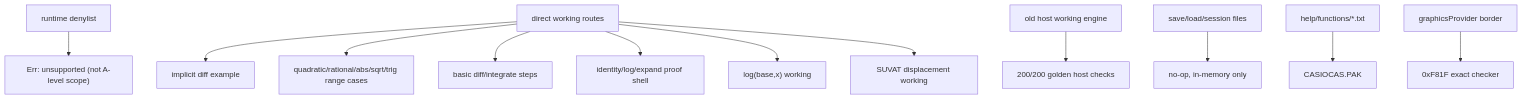
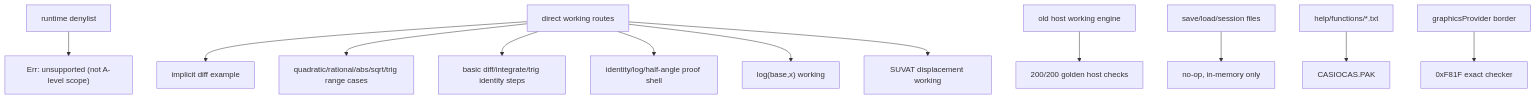
The third of 7 diagrams in docs/GRAPH.md (james8464/notes-addin-casio-fx-cg50), drawn with Mermaid before and after one commit. The commit also changed other lines of this file and 3 other files, not shown here.

````diff
--- a/docs/GRAPH.md
+++ b/docs/GRAPH.md
@@ -44,14 +44,14 @@
 ```mermaid
 graph TD
   Guard["runtime denylist"] --> Unsupported["Err: unsupported (not A-level scope)"]
   Direct["direct working routes"] --> Implicit["implicit diff example"]
   Direct --> Range["quadratic/rational/abs/sqrt/trig range cases"]
-  Direct --> DiffInt["basic diff/integrate steps"]
-  Direct --> Xform["identity/log/expand proof shell"]
+  Direct --> DiffInt["basic diff/integrate/trig identity steps"]
+  Direct --> Xform["identity/log/half-angle proof shell"]
   Direct --> Log["log(base,x) working"]
   Direct --> Suvat["SUVAT displacement working"]
   Host["old host working engine"] --> Queue["200/200 golden host checks"]
   Session["save/load/session files"] --> Disabled["no-op, in-memory only"]
   Help["help/functions/*.txt"] --> Pak["CASIOCAS.PAK"]
   Border["graphicsProvider border"] --> Pink["0xF81F exact checker"]
 ```
````
